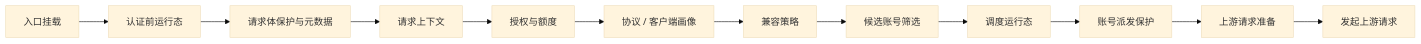
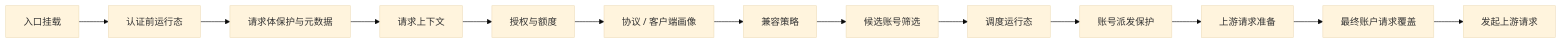
One commit to huanmin123/juhe-ai changed the diagram in docs/functions/请求处理分层设计.md. Above: the diagram before and after it, drawn with Mermaid (base theme). The commit also changed other lines of this file and 217 other files, not shown here.

````diff
--- a/docs/functions/请求处理分层设计.md
+++ b/docs/functions/请求处理分层设计.md
@@ -26,14 +26,15 @@
 ```mermaid
 flowchart LR
   Entry["入口挂载"] --> PreAuth["认证前运行态"]
   PreAuth --> Body["请求体保护与元数据"]
   Body --> Context["请求上下文"]
   Context --> Auth["授权与额度"]
   Auth --> Profile["协议 / 客户端画像"]
   Profile --> Compat["兼容策略"]
   Compat --> Candidate["候选账号筛选"]
   Candidate --> Runtime["调度运行态"]
   Runtime --> Dispatch["账号派发保护"]
   Dispatch --> Prepare["上游请求准备"]
-  Prepare --> Upstream["发起上游请求"]
+  Prepare --> Overrides["最终账户请求覆盖"]
+  Overrides --> Upstream["发起上游请求"]
 ```
````
